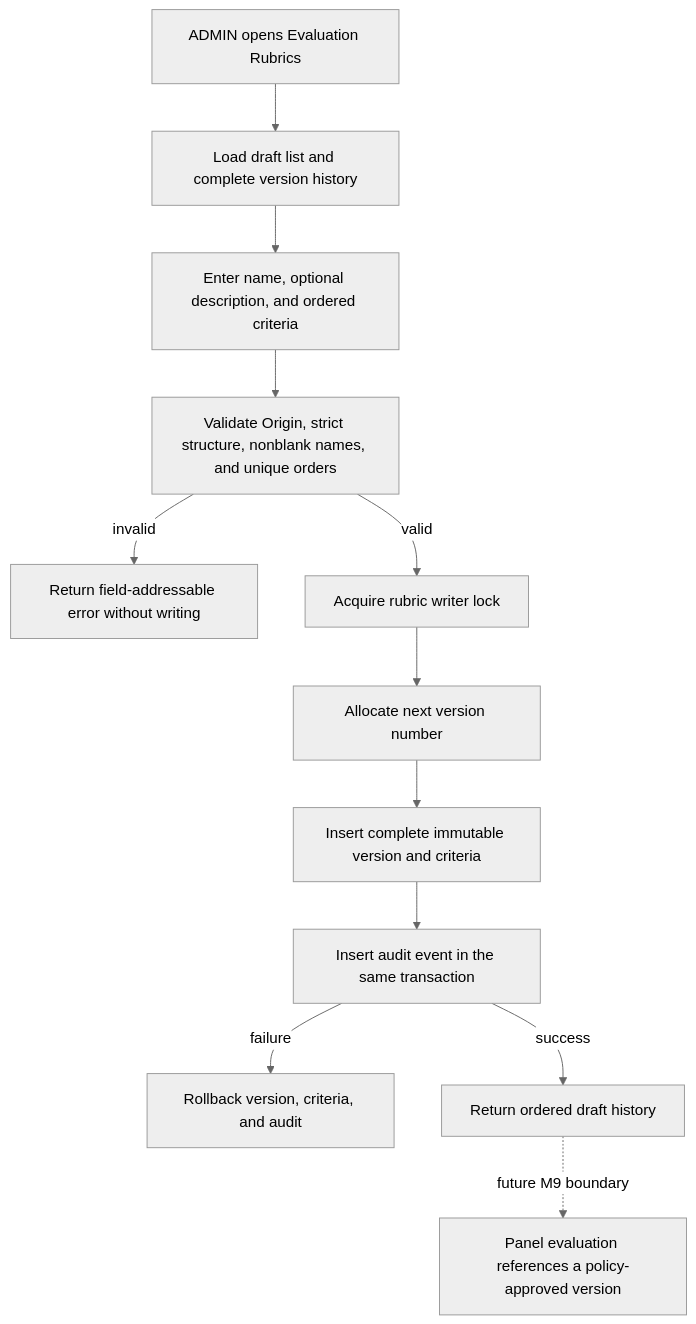
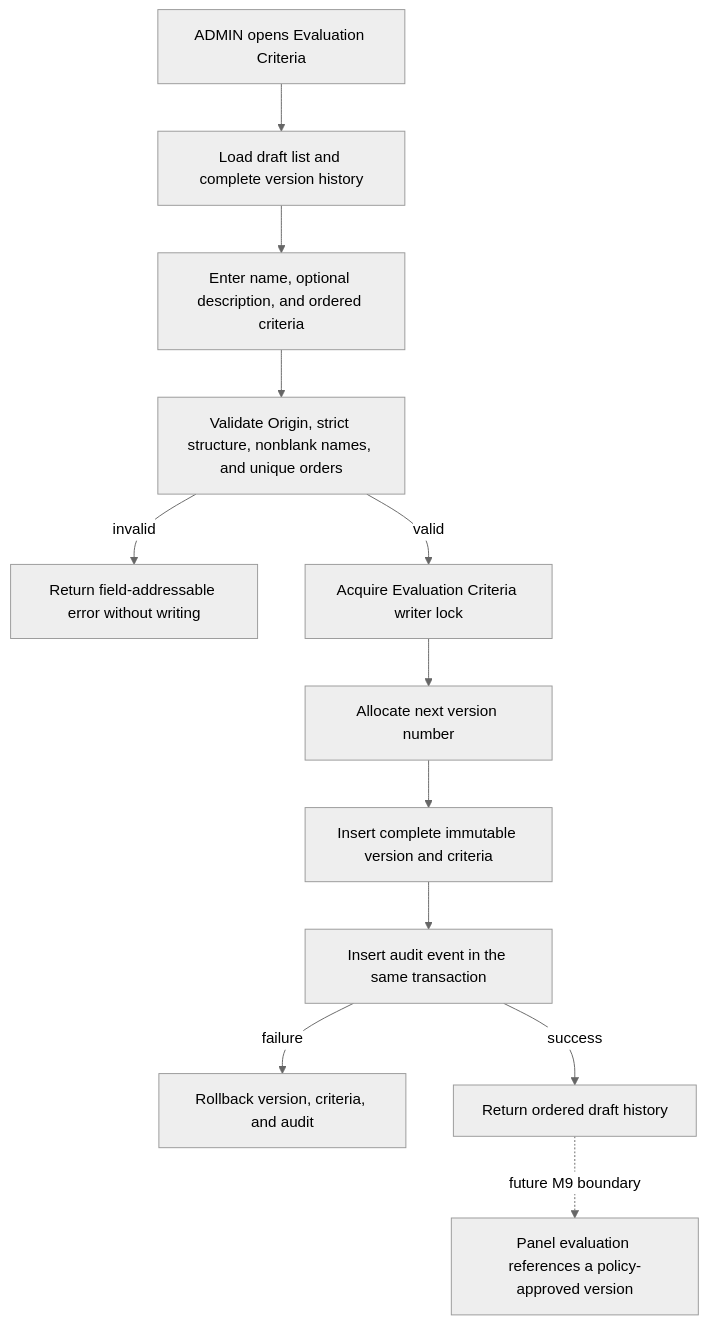
The ninth of 13 diagrams in docs/p1-workflows.md (farazd63/FYPHub), drawn with Mermaid (neutral theme) before and after one commit. The commit also changed other lines of this file and 46 other files, not shown here.

````diff
--- a/docs/p1-workflows.md
+++ b/docs/p1-workflows.md
@@ -172,14 +180,14 @@
 ```mermaid
 flowchart TD
-    A[ADMIN opens Evaluation Rubrics] --> B[Load draft list and complete version history]
+    A[ADMIN opens Evaluation Criteria] --> B[Load draft list and complete version history]
     B --> C[Enter name, optional description, and ordered criteria]
     C --> D[Validate Origin, strict structure, nonblank names, and unique orders]
     D -->|invalid| E[Return field-addressable error without writing]
-    D -->|valid| F[Acquire rubric writer lock]
+    D -->|valid| F[Acquire Evaluation Criteria writer lock]
     F --> G[Allocate next version number]
     G --> H[Insert complete immutable version and criteria]
     H --> I[Insert audit event in the same transaction]
     I -->|failure| J[Rollback version, criteria, and audit]
     I -->|success| K[Return ordered draft history]
     K -. future M9 boundary .-> L[Panel evaluation references a policy-approved version]
 ```
````
